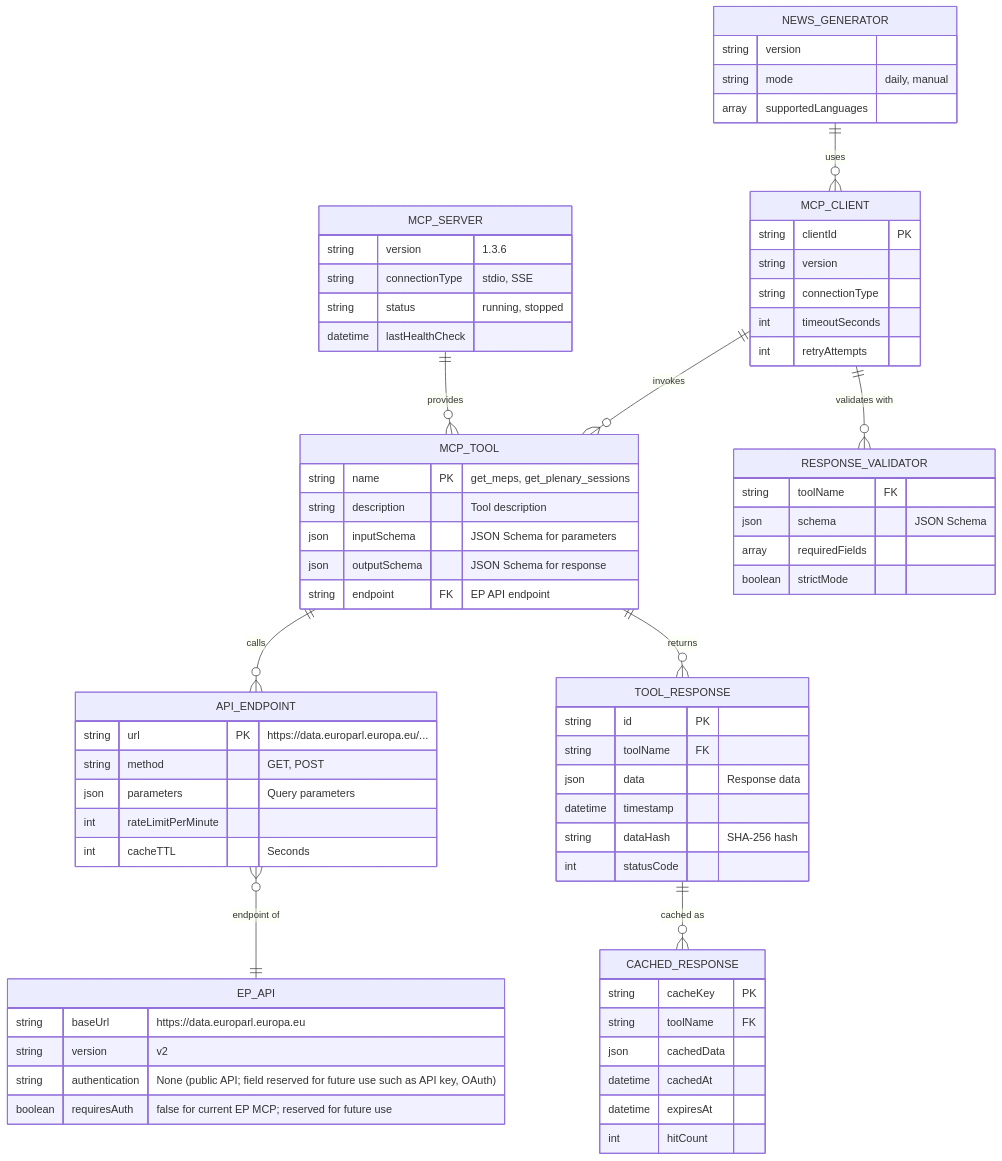
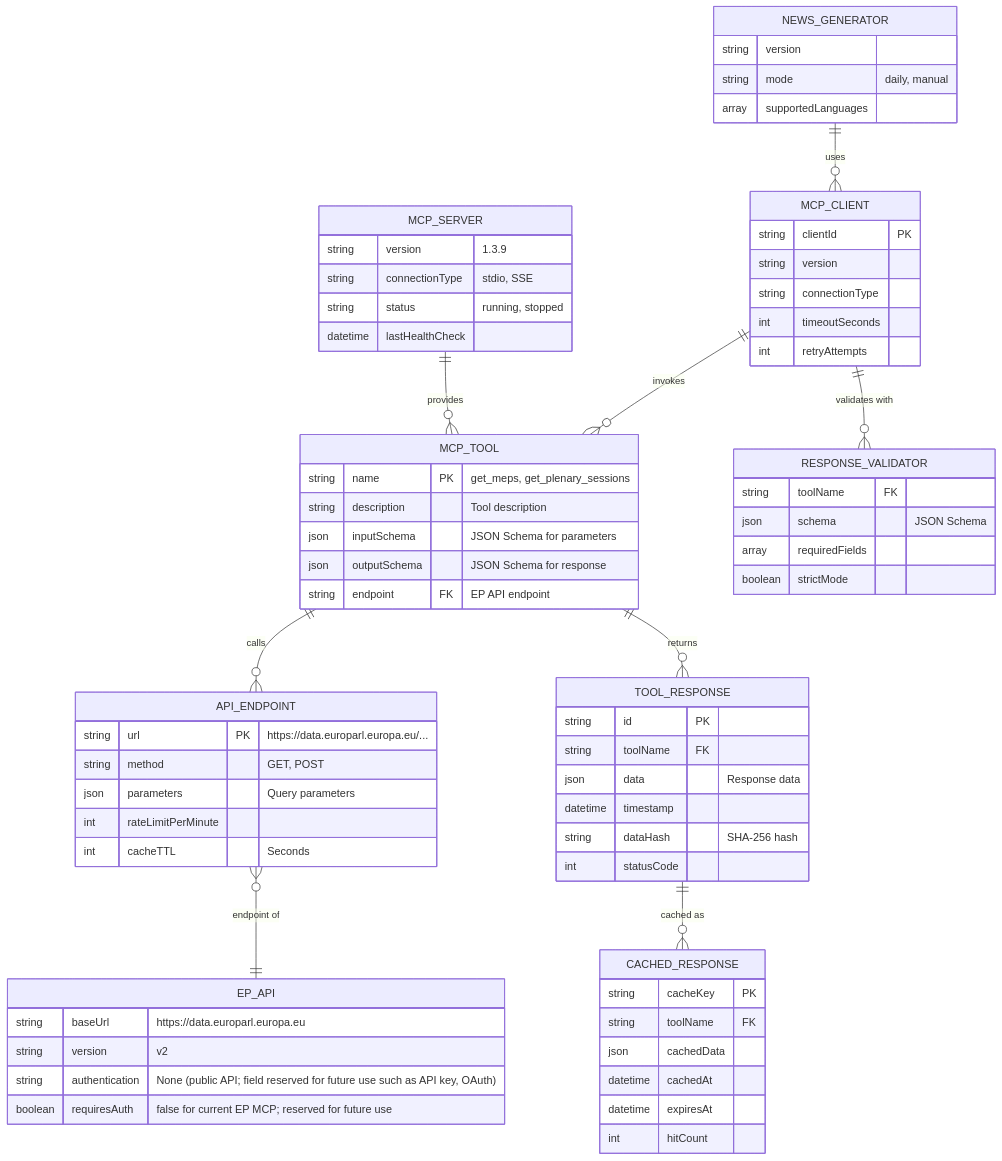
The third of 9 diagrams in DATA_MODEL.md (Hack23/euparliamentmonitor), drawn with Mermaid before and after one commit. The commit also changed other lines of this file and 64 other files, not shown here.

````diff
--- a/DATA_MODEL.md
+++ b/DATA_MODEL.md
@@ -974,81 +974,81 @@
 ```mermaid
 erDiagram
     MCP_SERVER ||--o{ MCP_TOOL : "provides"
     MCP_TOOL ||--o{ API_ENDPOINT : "calls"
     API_ENDPOINT }o--|| EP_API : "endpoint of"
     MCP_TOOL ||--o{ TOOL_RESPONSE : "returns"
     TOOL_RESPONSE ||--o{ CACHED_RESPONSE : "cached as"
 
     NEWS_GENERATOR ||--o{ MCP_CLIENT : "uses"
     MCP_CLIENT ||--o{ MCP_TOOL : "invokes"
     MCP_CLIENT ||--o{ RESPONSE_VALIDATOR : "validates with"
 
     MCP_SERVER {
-        string version "1.3.6"
+        string version "1.3.9"
         string connectionType "stdio, SSE"
         string status "running, stopped"
         datetime lastHealthCheck
     }
 
     MCP_TOOL {
         string name PK "get_meps, get_plenary_sessions"
         string description "Tool description"
         json inputSchema "JSON Schema for parameters"
         json outputSchema "JSON Schema for response"
         string endpoint FK "EP API endpoint"
     }
 
     API_ENDPOINT {
         string url PK "https://data.europarl.europa.eu/..."
         string method "GET, POST"
         json parameters "Query parameters"
         int rateLimitPerMinute
         int cacheTTL "Seconds"
     }
 
     EP_API {
         string baseUrl "https://data.europarl.europa.eu"
         string version "v2"
         string authentication "None (public API; field reserved for future use such as API key, OAuth)"
         boolean requiresAuth "false for current EP MCP; reserved for future use"
     }
 
     TOOL_RESPONSE {
         string id PK
         string toolName FK
         json data "Response data"
         datetime timestamp
         string dataHash "SHA-256 hash"
         int statusCode
     }
 
     CACHED_RESPONSE {
         string cacheKey PK
         string toolName FK
         json cachedData
         datetime cachedAt
         datetime expiresAt
         int hitCount
     }
 
     MCP_CLIENT {
         string clientId PK
         string version
         string connectionType
         int timeoutSeconds
         int retryAttempts
     }
 
     RESPONSE_VALIDATOR {
         string toolName FK
         json schema "JSON Schema"
         array requiredFields
         boolean strictMode
     }
 
     NEWS_GENERATOR {
         string version
         string mode "daily, manual"
         array supportedLanguages
     }
 ```
````
